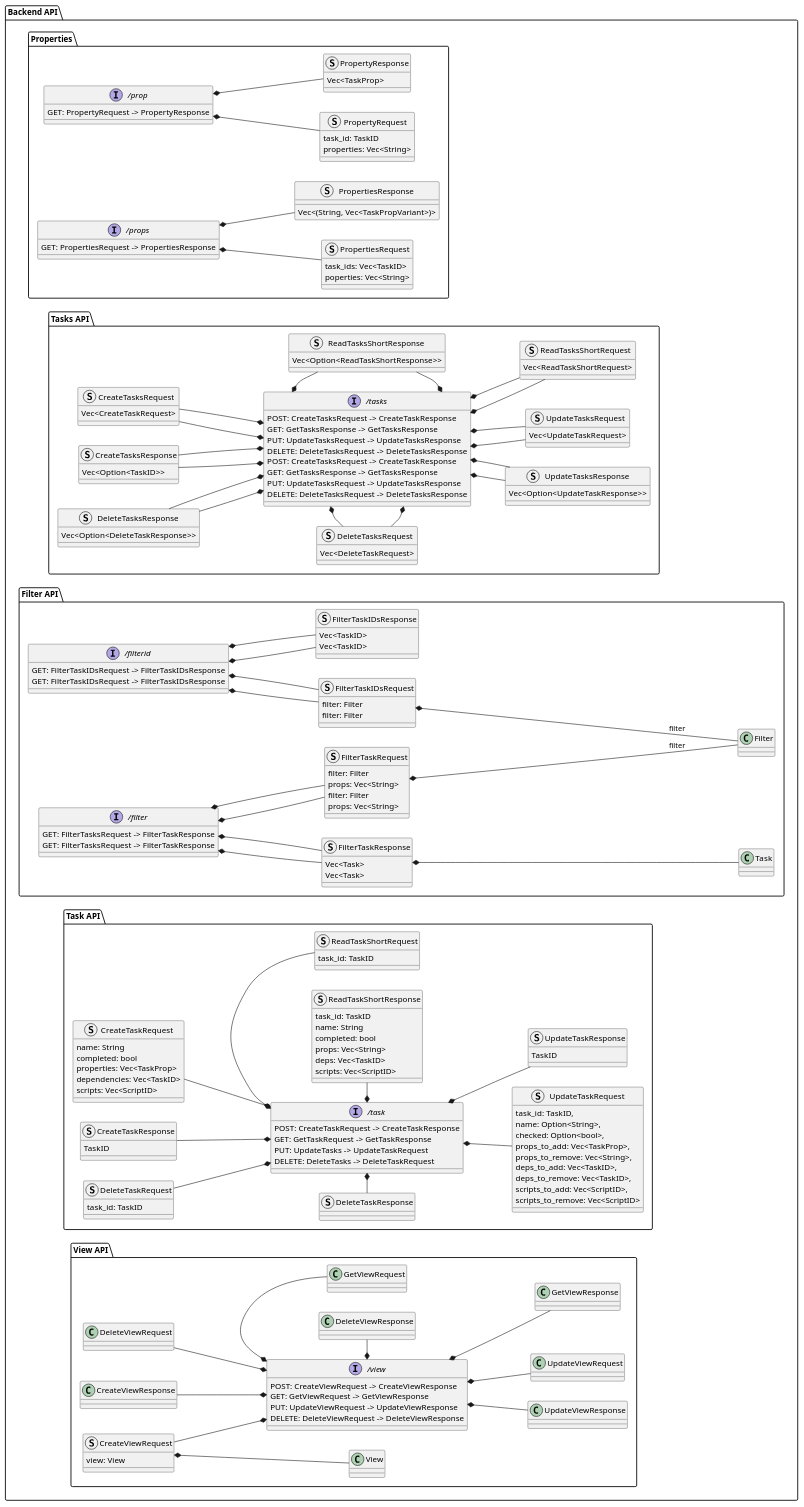
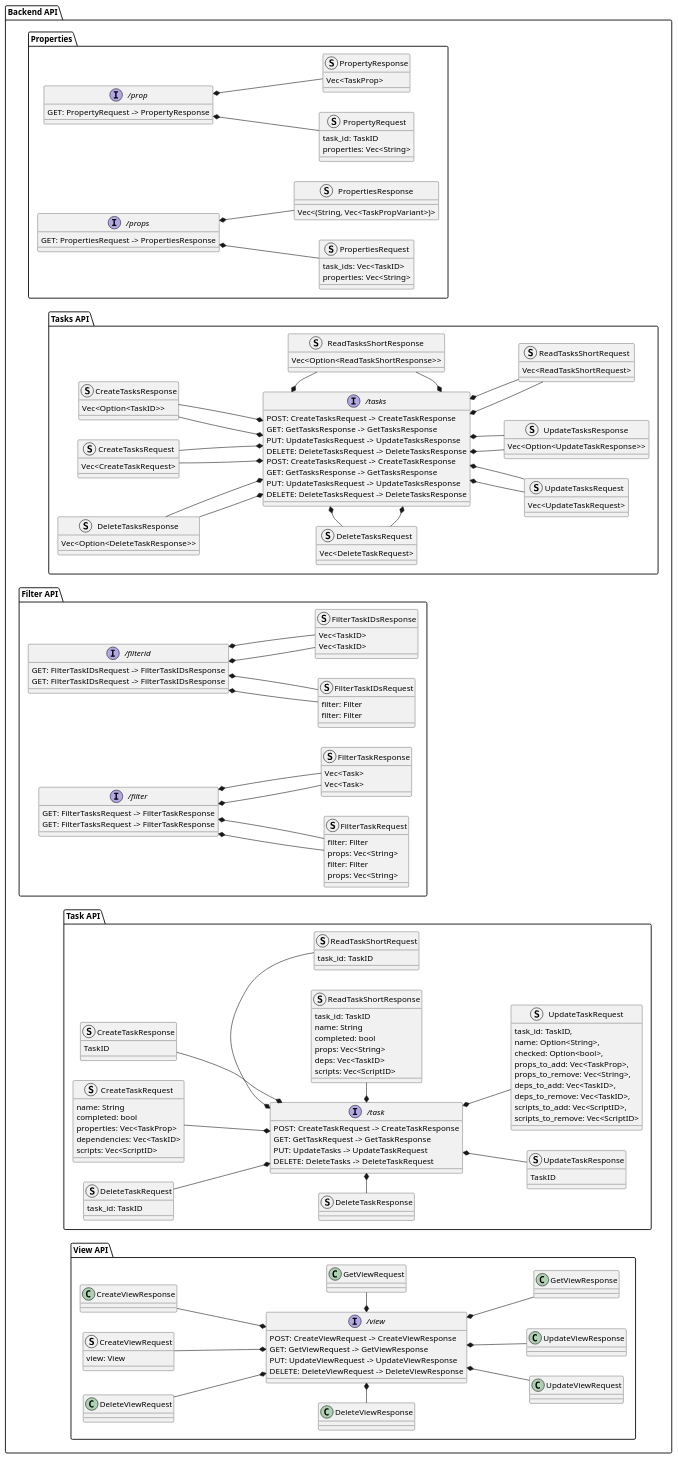
Before and after one commit to knoxy5467/a-better-notion: the fourth of 4 diagrams in design/middleware.puml, drawn with PlantUML. The commit also changed other lines of this file and 4 other files, not shown here.

```diff
--- a/design/middleware.puml
+++ b/design/middleware.puml
@@ -149,7 +173,7 @@
 		}
 		struct PropertiesRequest {
 			task_ids: Vec<TaskID>
-			poperties: Vec<String>
+			properties: Vec<String>
 		}
 		struct PropertiesResponse {
 			Vec<(String, Vec<TaskPropVariant>)>
@@ -162,7 +186,6 @@
 	
 		
 	package "Tasks API" {
-
 		interface "/tasks" as tasks_api {
 			POST: CreateTasksRequest -> CreateTaskResponse
 			GET: GetTasksResponse -> GetTasksResponse
@@ -208,7 +231,6 @@
 		struct "FilterTaskIDsRequest" {
 			filter: Filter
 		}
-		FilterTaskIDsRequest *---- Filter : filter
 		struct "FilterTaskIDsResponse" {
 			Vec<TaskID>
 		}
@@ -216,12 +238,10 @@
 			filter: Filter
 			props: Vec<String>
 		}
-		FilterTaskRequest *---- Filter : filter
 
 		struct "FilterTaskResponse" {
 			Vec<Task>
 		}
-		FilterTaskResponse *---- Task
 
 		interface "/filterid" as filterid_api {
 			GET: FilterTaskIDsRequest -> FilterTaskIDsResponse
@@ -356,7 +376,7 @@
 		struct "CreateViewRequest" {
 			view: View
 		}
-		CreateViewRequest *-- View
+		' CreateViewRequest *-- View
 		interface "/view" as view_api {
 			POST: CreateViewRequest -> CreateViewResponse
 			GET: GetViewRequest -> GetViewResponse
```
